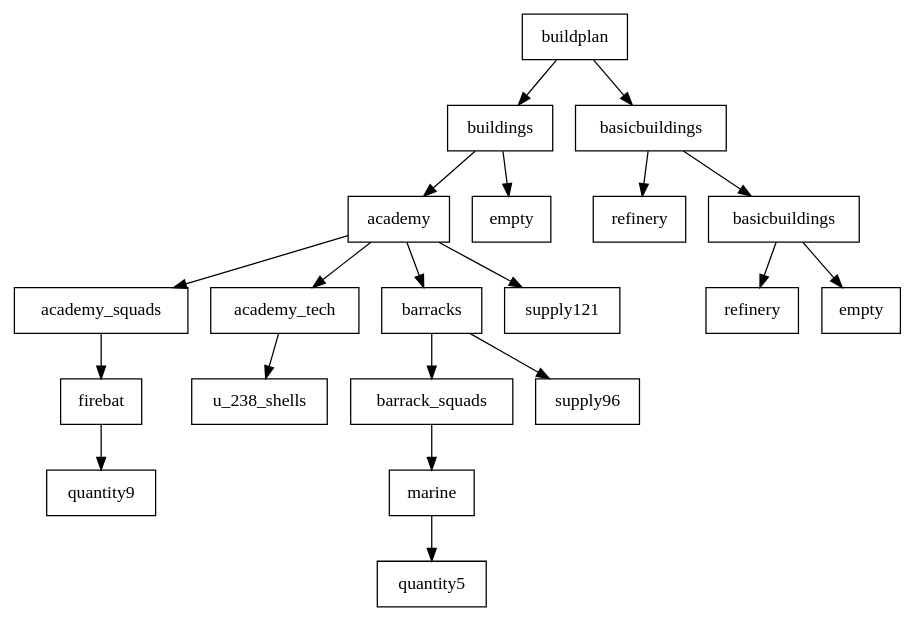
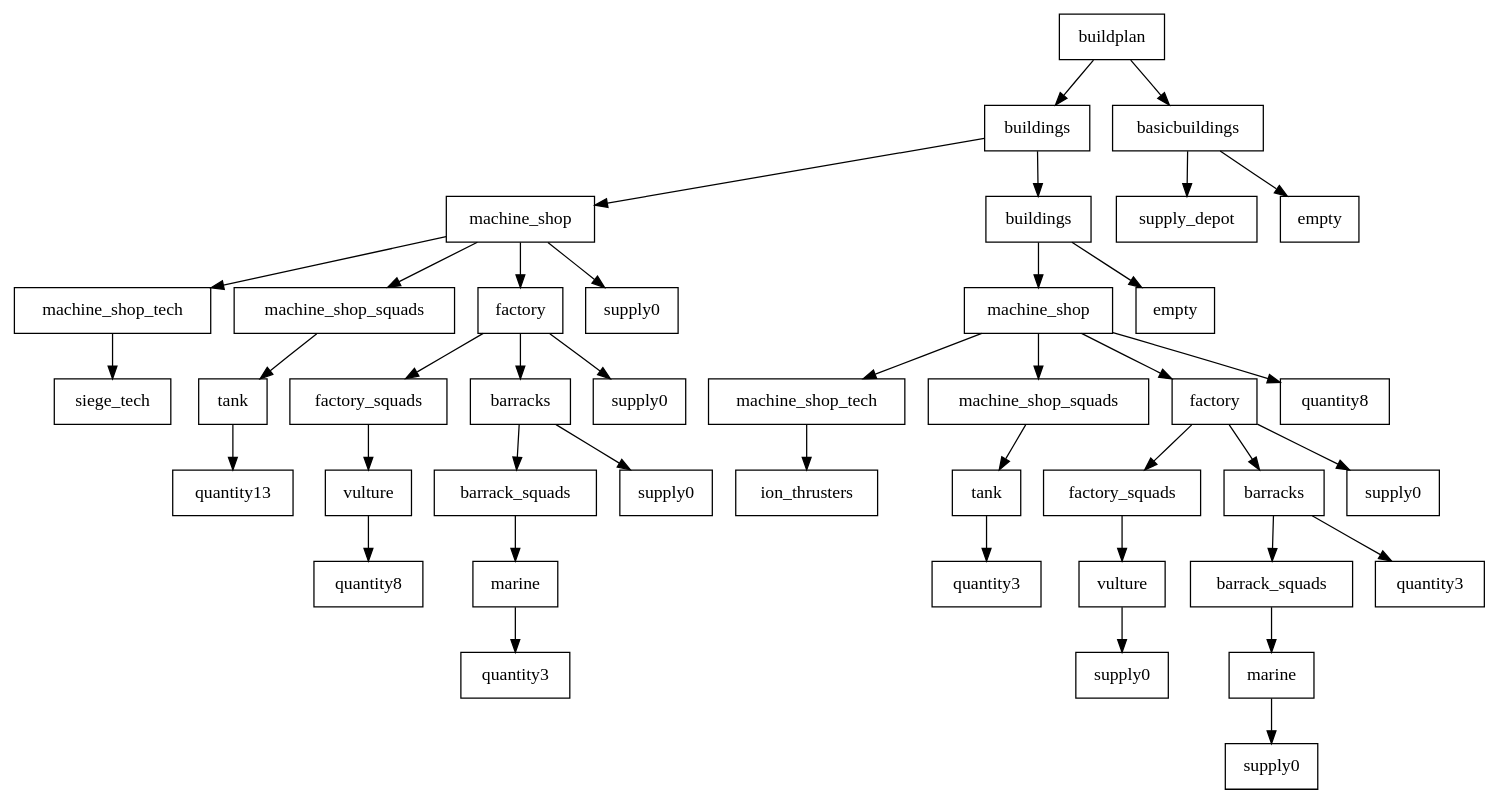
The diagram in GPBot/file.dot (cryogenic-dreams/StarCraft-GPBot), drawn with Graphviz before and after one commit. The commit also changed 6 other files, not shown here.

```diff
--- a/GPBot/file.dot
+++ b/GPBot/file.dot
@@ -1,43 +1,85 @@
 digraph g {
 graph [ordering=out];
 node [shape=rectangle];
 n[label = "buildplan"];
 n0[label = "buildings"];
-n00[label = "academy"];
-n000[label = "academy_squads"];
-n0000[label = "firebat"];
-n00000[label = "quantity9"];
-n0000 -> n00000;
+n00[label = "machine_shop"];
+n000[label = "machine_shop_tech"];
+n0000[label = "siege_tech"];
 n000 -> n0000;
 n00 -> n000;
-n001[label = "academy_tech"];
-n0010[label = "u_238_shells"];
+n001[label = "machine_shop_squads"];
+n0010[label = "tank"];
+n00100[label = "quantity13"];
+n0010 -> n00100;
 n001 -> n0010;
 n00 -> n001;
-n002[label = "barracks"];
-n0020[label = "barrack_squads"];
-n00200[label = "marine"];
-n002000[label = "quantity5"];
+n002[label = "factory"];
+n0020[label = "factory_squads"];
+n00200[label = "vulture"];
+n002000[label = "quantity8"];
 n00200 -> n002000;
 n0020 -> n00200;
 n002 -> n0020;
-n0021[label = "supply96"];
+n0021[label = "barracks"];
+n00210[label = "barrack_squads"];
+n002100[label = "marine"];
+n0021000[label = "quantity3"];
+n002100 -> n0021000;
+n00210 -> n002100;
+n0021 -> n00210;
+n00211[label = "supply0"];
+n0021 -> n00211;
 n002 -> n0021;
+n0022[label = "supply0"];
+n002 -> n0022;
 n00 -> n002;
-n003[label = "supply121"];
+n003[label = "supply0"];
 n00 -> n003;
 n0 -> n00;
-n01[label = "empty"];
+n01[label = "buildings"];
+n010[label = "machine_shop"];
+n0100[label = "machine_shop_tech"];
+n01000[label = "ion_thrusters"];
+n0100 -> n01000;
+n010 -> n0100;
+n0101[label = "machine_shop_squads"];
+n01010[label = "tank"];
+n010100[label = "quantity3"];
+n01010 -> n010100;
+n0101 -> n01010;
+n010 -> n0101;
+n0102[label = "factory"];
+n01020[label = "factory_squads"];
+n010200[label = "vulture"];
+n0102000[label = "supply0"];
+n010200 -> n0102000;
+n01020 -> n010200;
+n0102 -> n01020;
+n01021[label = "barracks"];
+n010210[label = "barrack_squads"];
+n0102100[label = "marine"];
+n01021000[label = "supply0"];
+n0102100 -> n01021000;
+n010210 -> n0102100;
+n01021 -> n010210;
+n010211[label = "quantity3"];
+n01021 -> n010211;
+n0102 -> n01021;
+n01022[label = "supply0"];
+n0102 -> n01022;
+n010 -> n0102;
+n0103[label = "quantity8"];
+n010 -> n0103;
+n01 -> n010;
+n011[label = "empty"];
+n01 -> n011;
 n0 -> n01;
 n -> n0;
 n1[label = "basicbuildings"];
-n10[label = "refinery"];
+n10[label = "supply_depot"];
 n1 -> n10;
-n11[label = "basicbuildings"];
-n110[label = "refinery"];
-n11 -> n110;
-n111[label = "empty"];
-n11 -> n111;
+n11[label = "empty"];
 n1 -> n11;
 n -> n1;
 }
```
